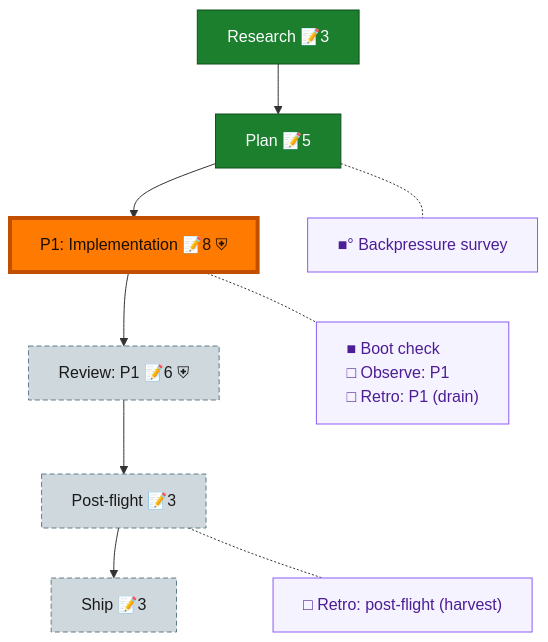
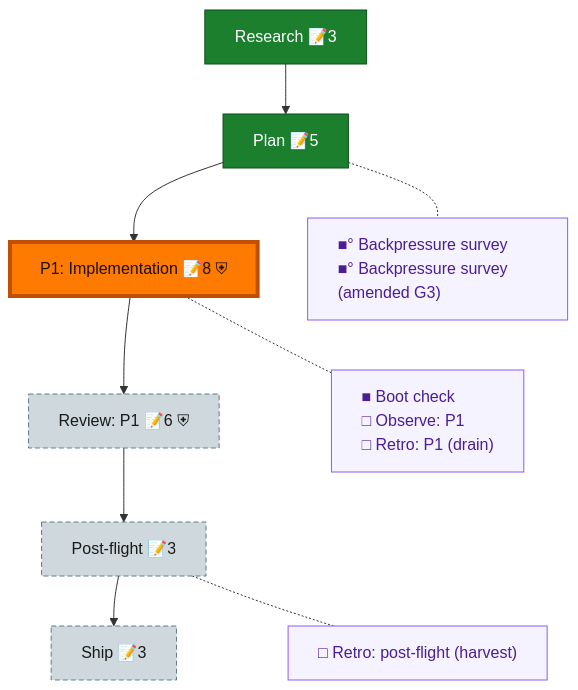
One commit to vaughanknight/pij changed the diagram in docs/plans/128-seat-session-identity/the-flow.md. Above: the diagram before and after it, drawn with Mermaid. The commit also changed other lines of this file and 2 other files, not shown here.

Commit message:
plan(128): refresh proof for rs-first union

````diff
--- a/docs/plans/128-seat-session-identity/the-flow.md
+++ b/docs/plans/128-seat-session-identity/the-flow.md
@@ -8,30 +8,30 @@
 ```mermaid
 flowchart TD
     research["Research 📝3"]:::done
     plan["Plan 📝5"]:::done
     phase_1["P1: Implementation 📝8 ⛨"]:::wip
     review_1["Review: P1 📝6 ⛨"]:::assumed
     post_flight["Post-flight 📝3"]:::assumed
     ship["Ship 📝3"]:::assumed
 
     research --> plan --> phase_1 --> review_1 --> post_flight --> ship
 
-    planC["■° Backpressure survey"]:::chore
+    planC["■° Backpressure survey<br/>■° Backpressure survey (amended G3)"]:::chore
     phase_1C["■ Boot check<br/>□ Observe: P1<br/>□ Retro: P1 (drain)"]:::chore
     post_flightC["□ Retro: post-flight (harvest)"]:::chore
 
     %% invisible chain holds the gutter boxes in their own column
     planC ~~~ phase_1C ~~~ post_flightC
 
     %% dotted links pull each gutter box beside its node
     plan -.- planC
     phase_1 -.- phase_1C
     post_flight -.- post_flightC
 
     classDef done fill:#1B7F2E,stroke:#0F4F1B,color:#fff;
     classDef wip fill:#43C04A,stroke:#1B7F2E,color:#04210A;
     classDef assumed fill:#CFD8DC,stroke:#607D8B,color:#1a1a1a,stroke-dasharray:5 3;
     classDef chore fill:#f5f3ff,stroke:#8b5cf6,color:#4c1d95,text-align:left;
     classDef current fill:#FF7A00,stroke:#C24E00,color:#1a0e00,stroke-width:4px;
     class phase_1 current;
 ```
````
